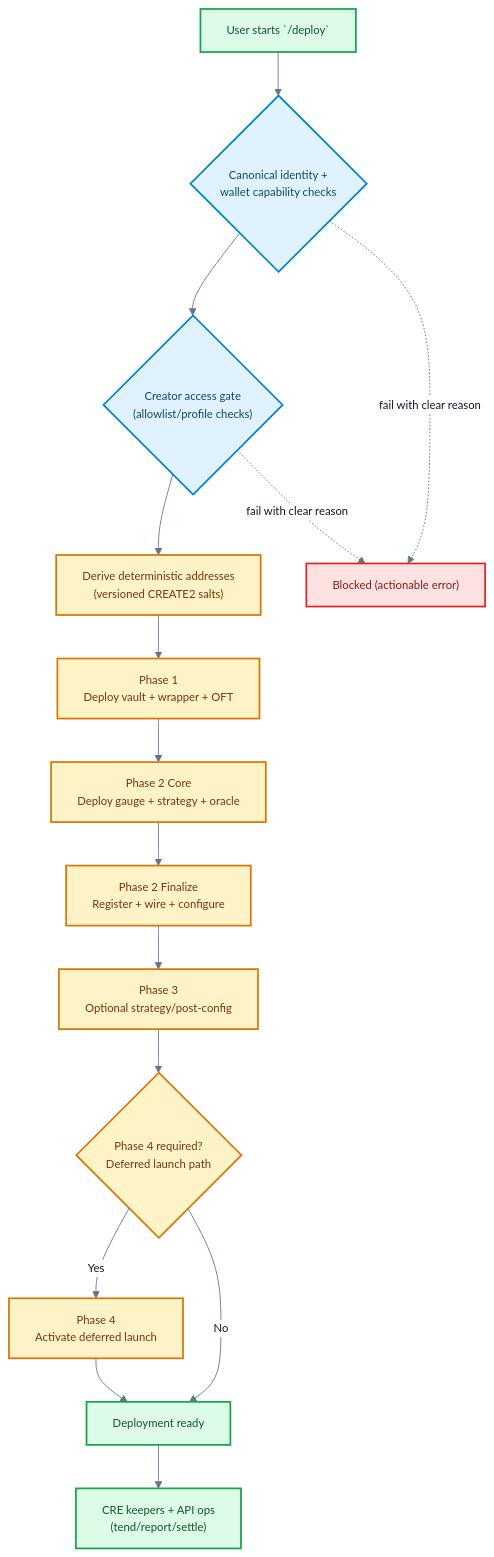
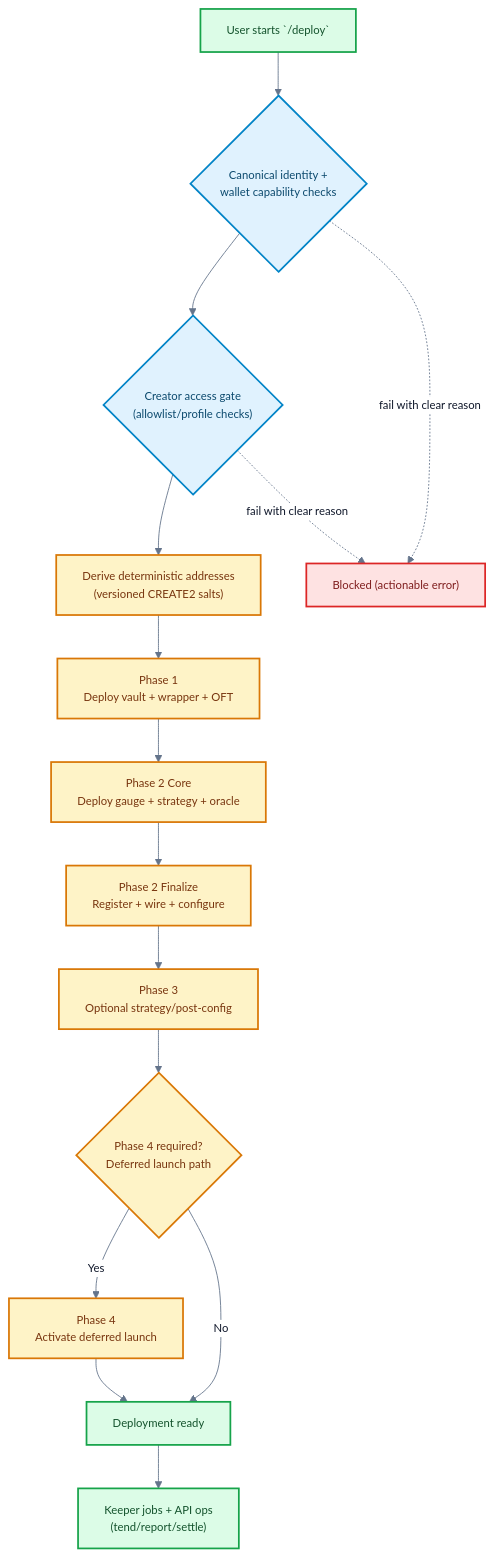
The second of 4 diagrams in README.md (4626fun/4626), drawn with Mermaid before and after one commit. The commit also changed other lines of this file and 65 other files, not shown here.

````diff
--- a/README.md
+++ b/README.md
@@ -142,29 +141,29 @@
 ```mermaid
 %%{init: {"theme":"base","themeVariables":{"fontFamily":"Inter, ui-sans-serif, system-ui","fontSize":"13px","lineColor":"#64748B","primaryColor":"#FFFFFF","primaryTextColor":"#0F172A"}}}%%
 flowchart TD
   Start["User starts `/deploy`"] --> Identity{"Canonical identity +\nwallet capability checks"}
   Identity --> Access{"Creator access gate\n(allowlist/profile checks)"}
   Access --> Salt["Derive deterministic addresses\n(versioned CREATE2 salts)"]
 
   Salt --> P1["Phase 1\nDeploy vault + wrapper + OFT"]
   P1 --> P2Core["Phase 2 Core\nDeploy gauge + strategy + oracle"]
   P2Core --> P2Final["Phase 2 Finalize\nRegister + wire + configure"]
   P2Final --> P3["Phase 3\nOptional strategy/post-config"]
   P3 --> P4{"Phase 4 required?\nDeferred launch path"}
   P4 -->|Yes| Launch["Phase 4\nActivate deferred launch"]
   P4 -->|No| Ready["Deployment ready"]
   Launch --> Ready
-  Ready --> Ops["CRE keepers + API ops\n(tend/report/settle)"]
+  Ready --> Ops["Keeper jobs + API ops\n(tend/report/settle)"]
 
   Identity -. "fail with clear reason" .-> Blocked["Blocked (actionable error)"]
   Access -. "fail with clear reason" .-> Blocked
 
   classDef gate fill:#E0F2FE,stroke:#0284C7,stroke-width:2px,color:#0C4A6E;
   classDef phase fill:#FEF3C7,stroke:#D97706,stroke-width:2px,color:#78350F;
   classDef success fill:#DCFCE7,stroke:#16A34A,stroke-width:2px,color:#14532D;
   classDef blocked fill:#FEE2E2,stroke:#DC2626,stroke-width:2px,color:#7F1D1D;
   class Identity,Access gate;
   class P1,P2Core,P2Final,P3,P4,Launch,Salt phase;
   class Ready,Ops,Start success;
   class Blocked blocked;
 ```
````
